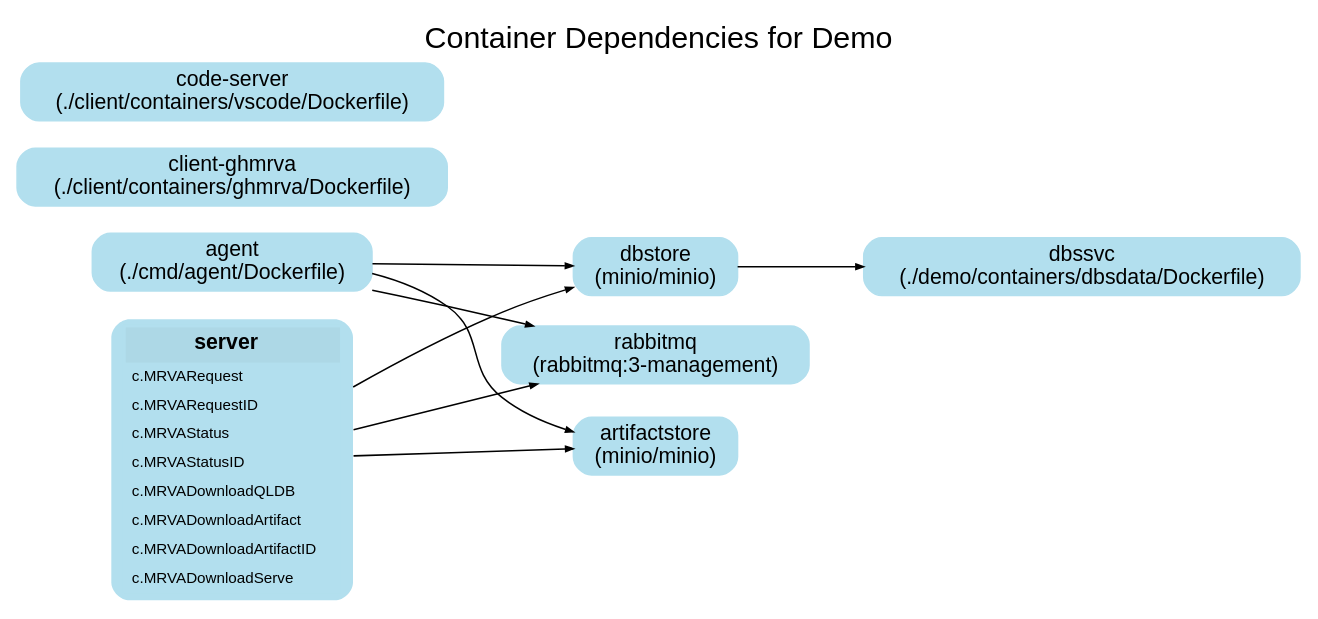
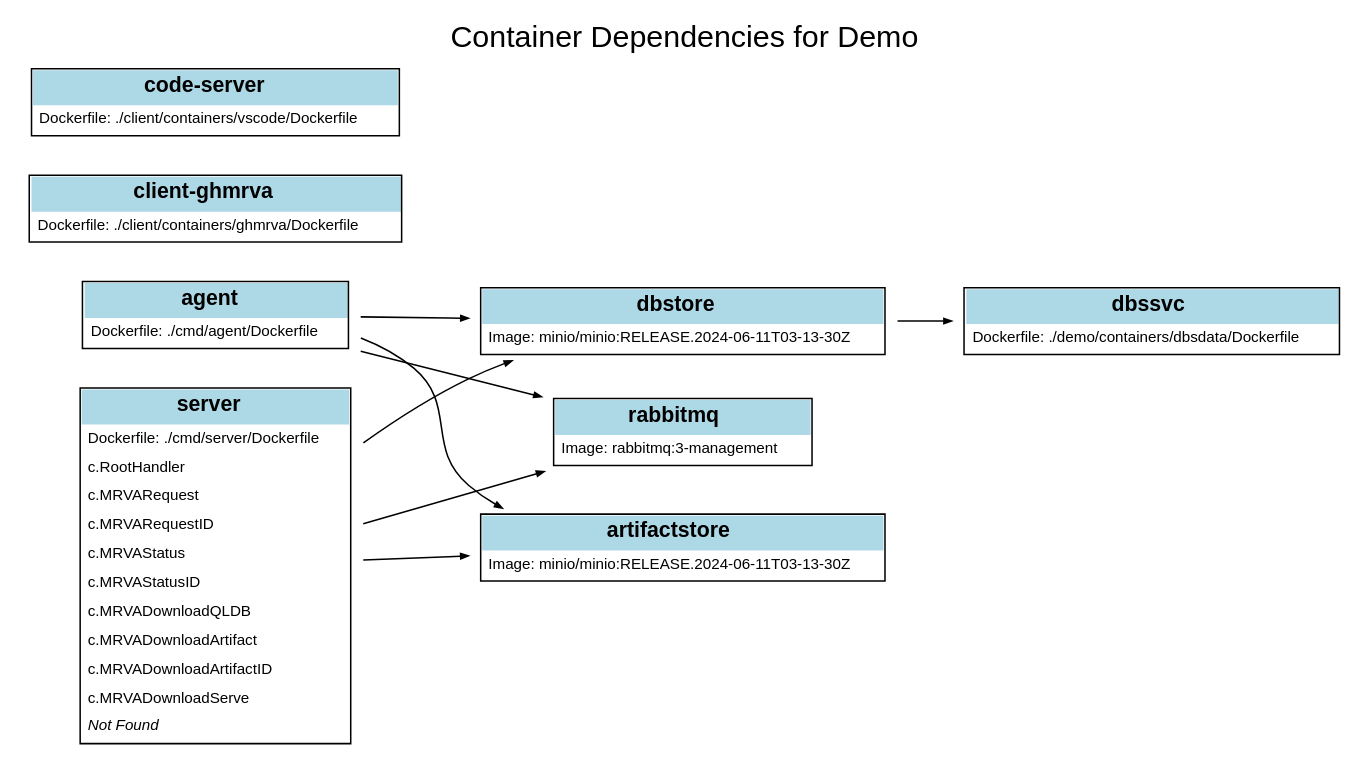
One commit to hohn/mrvacommander changed the diagram in notes/system-structure.dot. Above: the diagram before and after it, drawn with Graphviz.

Commit message:
better diagram

```diff
--- a/notes/system-structure.dot
+++ b/notes/system-structure.dot
@@ -1,47 +1,112 @@
 digraph DockerComposeDemo {
     rankdir=LR; // Left-to-right layout
-    node [shape=box style="rounded,filled" color=lightblue2 fontname="Helvetica"];
+    node [shape=plaintext fontname="Helvetica"];
     edge [arrowsize=0.5];
     
     // Title
     label="Container Dependencies for Demo";
     labelloc=top;
     fontsize=20;
     fontname="Helvetica";
 
-    // Define nodes with clickable URLs
-    dbssvc [label="dbssvc\n(./demo/containers/dbsdata/Dockerfile)" URL="../demo/containers/dbsdata/Dockerfile" target="_blank"];
-    dbstore [label="dbstore\n(minio/minio)"];
-    client_ghmrva [label="client-ghmrva\n(./client/containers/ghmrva/Dockerfile)" URL="../client/containers/ghmrva/Dockerfile" target="_blank"];
-    code_server [label="code-server\n(./client/containers/vscode/Dockerfile)" URL="../client/containers/vscode/Dockerfile" target="_blank"];
-    rabbitmq [label="rabbitmq\n(rabbitmq:3-management)"];
-    artifactstore [label="artifactstore\n(minio/minio)"];
-    agent [label="agent\n(./cmd/agent/Dockerfile)" URL="../cmd/agent/Dockerfile" target="_blank"];
+    // Define nodes with Dockerfile references
+    dbssvc [
+        shape=plaintext
+        label=<
+            <table border="1" cellborder="0" cellspacing="0" cellpadding="4">
+                <tr><td colspan="1" bgcolor="lightblue"><b>dbssvc</b></td></tr>
+                <tr><td align="left"><font point-size="10">Dockerfile: ./demo/containers/dbsdata/Dockerfile</font></td></tr>
+            </table>
+        >
+    ];
 
-    // Expanded 'server' node with handler names
+    dbstore [
+        shape=plaintext
+        label=<
+            <table border="1" cellborder="0" cellspacing="0" cellpadding="4">
+                <tr><td colspan="1" bgcolor="lightblue"><b>dbstore</b></td></tr>
+                <tr><td align="left"><font point-size="10">Image: minio/minio:RELEASE.2024-06-11T03-13-30Z</font></td></tr>
+            </table>
+        >
+    ];
+
+    client_ghmrva [
+        shape=plaintext
+        label=<
+            <table border="1" cellborder="0" cellspacing="0" cellpadding="4">
+                <tr><td colspan="1" bgcolor="lightblue"><b>client-ghmrva</b></td></tr>
+                <tr><td align="left"><font point-size="10">Dockerfile: ./client/containers/ghmrva/Dockerfile</font></td></tr>
+            </table>
+        >
+    ];
+
+    code_server [
+        shape=plaintext
+        label=<
+            <table border="1" cellborder="0" cellspacing="0" cellpadding="4">
+                <tr><td colspan="1" bgcolor="lightblue"><b>code-server</b></td></tr>
+                <tr><td align="left"><font point-size="10">Dockerfile: ./client/containers/vscode/Dockerfile</font></td></tr>
+            </table>
+        >
+    ];
+
+    rabbitmq [
+        shape=plaintext
+        label=<
+            <table border="1" cellborder="0" cellspacing="0" cellpadding="4">
+                <tr><td colspan="1" bgcolor="lightblue"><b>rabbitmq</b></td></tr>
+                <tr><td align="left"><font point-size="10">Image: rabbitmq:3-management</font></td></tr>
+            </table>
+        >
+    ];
+
+    artifactstore [
+        shape=plaintext
+        label=<
+            <table border="1" cellborder="0" cellspacing="0" cellpadding="4">
+                <tr><td colspan="1" bgcolor="lightblue"><b>artifactstore</b></td></tr>
+                <tr><td align="left"><font point-size="10">Image: minio/minio:RELEASE.2024-06-11T03-13-30Z</font></td></tr>
+            </table>
+        >
+    ];
+
+    agent [
+        shape=plaintext
+        label=<
+            <table border="1" cellborder="0" cellspacing="0" cellpadding="4">
+                <tr><td colspan="1" bgcolor="lightblue"><b>agent</b></td></tr>
+                <tr><td align="left"><font point-size="10">Dockerfile: ./cmd/agent/Dockerfile</font></td></tr>
+            </table>
+        >
+    ];
+
+    // Expanded 'server' node with handler names and Dockerfile reference
     server [
         shape=plaintext
         label=<
             <table border="1" cellborder="0" cellspacing="0" cellpadding="4">
                 <tr><td colspan="1" bgcolor="lightblue"><b>server</b></td></tr>
+                <tr><td align="left"><font point-size="10">Dockerfile: ./cmd/server/Dockerfile</font></td></tr>
+                <tr><td align="left"><font point-size="10">c.RootHandler</font></td></tr>
                 <tr><td align="left"><font point-size="10">c.MRVARequest</font></td></tr>
                 <tr><td align="left"><font point-size="10">c.MRVARequestID</font></td></tr>
                 <tr><td align="left"><font point-size="10">c.MRVAStatus</font></td></tr>
                 <tr><td align="left"><font point-size="10">c.MRVAStatusID</font></td></tr>
                 <tr><td align="left"><font point-size="10">c.MRVADownloadQLDB</font></td></tr>
                 <tr><td align="left"><font point-size="10">c.MRVADownloadArtifact</font></td></tr>
                 <tr><td align="left"><font point-size="10">c.MRVADownloadArtifactID</font></td></tr>
                 <tr><td align="left"><font point-size="10">c.MRVADownloadServe</font></td></tr>
+                <tr><td align="left"><font point-size="10"><i>Not Found</i></font></td></tr>
             </table>
         >
     ];
 
     // Define edges (dependencies)
     dbstore -> dbssvc;
     server -> dbstore;
     server -> rabbitmq;
     server -> artifactstore;
     agent -> dbstore;
     agent -> artifactstore;
     agent -> rabbitmq;
 }
```
